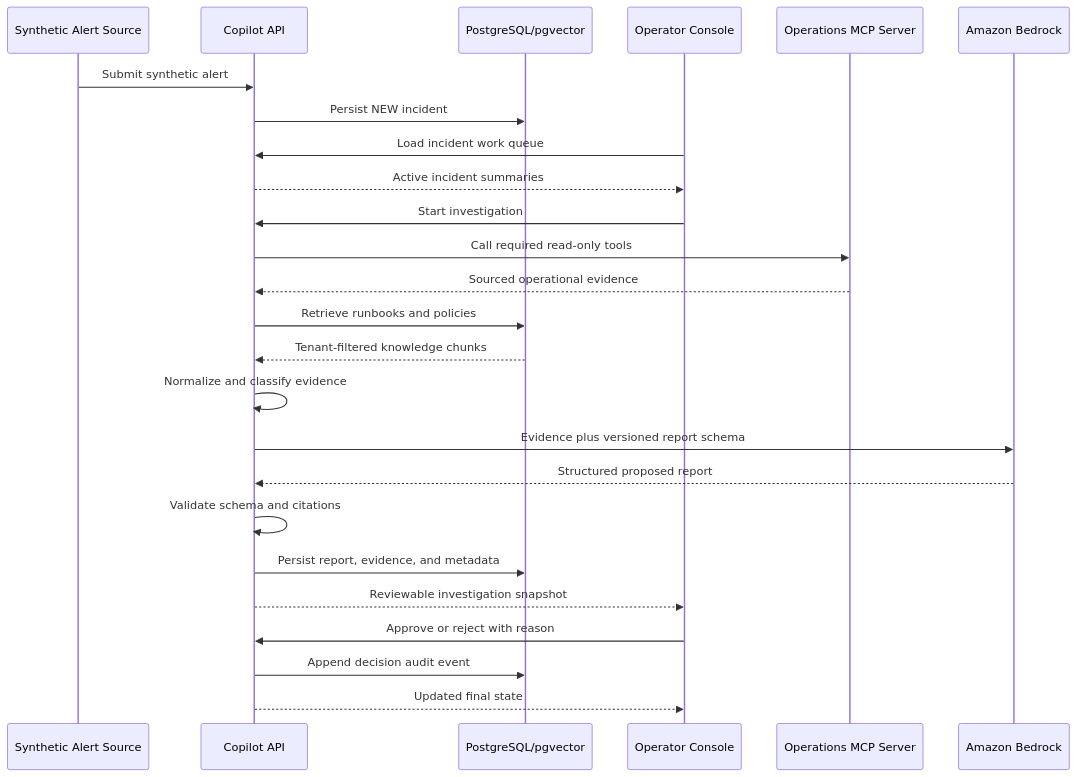
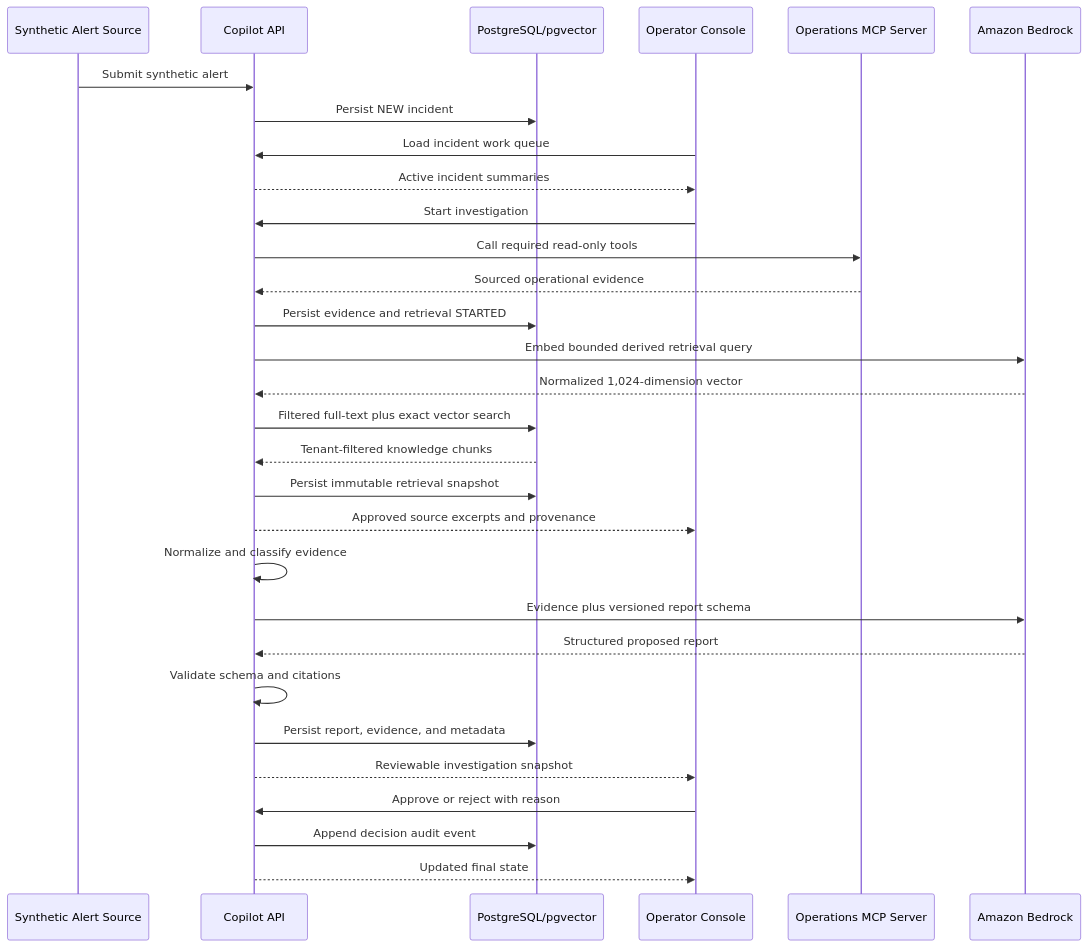
Before and after one commit to cguzowski/payment-incident-copilot: the diagram in docs/agent/ARCHITECTURE.md, drawn with Mermaid. The commit also changed other lines of this file and 89 other files, not shown here.

````diff
--- a/docs/agent/ARCHITECTURE.md
+++ b/docs/agent/ARCHITECTURE.md
@@ -18,28 +18,33 @@
 ```mermaid
 sequenceDiagram
     participant S as Synthetic Alert Source
     participant A as Copilot API
     participant D as PostgreSQL/pgvector
     participant U as Operator Console
     participant M as Operations MCP Server
     participant B as Amazon Bedrock
 
     S->>A: Submit synthetic alert
     A->>D: Persist NEW incident
     U->>A: Load incident work queue
     A-->>U: Active incident summaries
     U->>A: Start investigation
     A->>M: Call required read-only tools
     M-->>A: Sourced operational evidence
-    A->>D: Retrieve runbooks and policies
+    A->>D: Persist evidence and retrieval STARTED
+    A->>B: Embed bounded derived retrieval query
+    B-->>A: Normalized 1,024-dimension vector
+    A->>D: Filtered full-text plus exact vector search
     D-->>A: Tenant-filtered knowledge chunks
+    A->>D: Persist immutable retrieval snapshot
+    A-->>U: Approved source excerpts and provenance
     A->>A: Normalize and classify evidence
     A->>B: Evidence plus versioned report schema
     B-->>A: Structured proposed report
     A->>A: Validate schema and citations
     A->>D: Persist report, evidence, and metadata
     A-->>U: Reviewable investigation snapshot
     U->>A: Approve or reject with reason
     A->>D: Append decision audit event
     A-->>U: Updated final state
 ```
````
